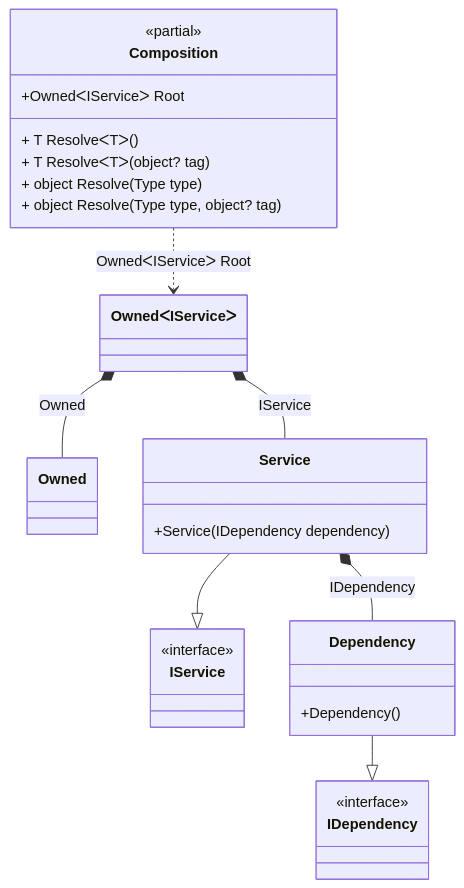
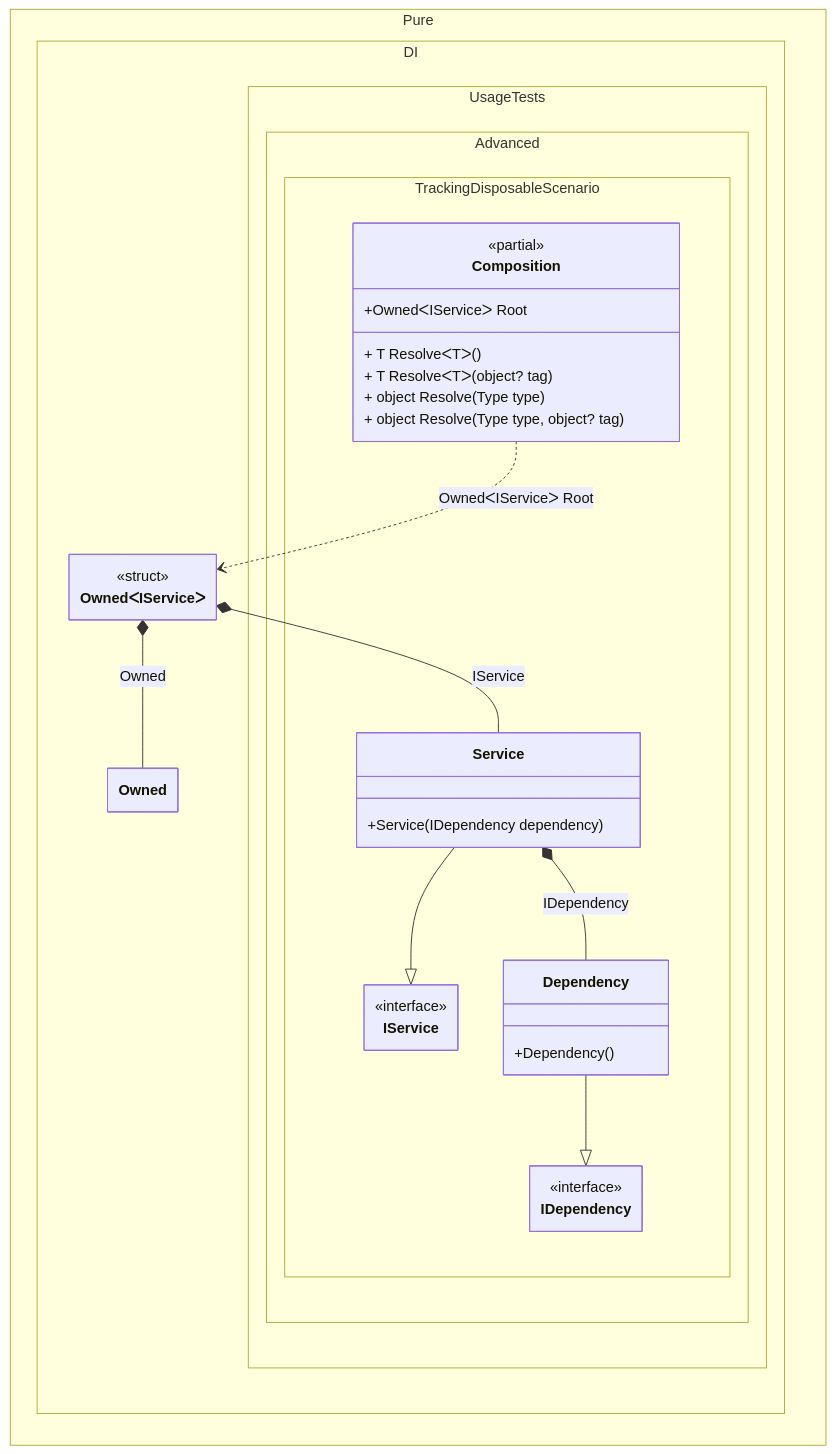
One commit to DevTeam/Pure.DI changed the diagram in readme/tracking-disposable-instances-per-a-composition-root.md. Above: the diagram before and after it, drawn with Mermaid. The commit also changed 103 other files, not shown here.

Commit message:
Improved class diagrams

````diff
--- a/readme/tracking-disposable-instances-per-a-composition-root.md
+++ b/readme/tracking-disposable-instances-per-a-composition-root.md
@@ -153,30 +153,43 @@
 ```mermaid
+---
+ config:
+  class:
+   hideEmptyMembersBox: true
+---
 classDiagram
-	class Composition {
+	Service --|> IService
+	Dependency --|> IDependency
+	Composition ..> OwnedᐸIServiceᐳ : OwnedᐸIServiceᐳ Root
+	OwnedᐸIServiceᐳ *--  Owned : Owned
+	OwnedᐸIServiceᐳ *--  Service : IService
+	Service *--  Dependency : IDependency
+	namespace Pure.DI {
+		class Owned {
+		}
+		class OwnedᐸIServiceᐳ {
+			<<struct>>
+		}
+	}
+	namespace Pure.DI.UsageTests.Advanced.TrackingDisposableScenario {
+		class Composition {
 		<<partial>>
 		+OwnedᐸIServiceᐳ Root
 		+ T ResolveᐸTᐳ()
 		+ T ResolveᐸTᐳ(object? tag)
 		+ object Resolve(Type type)
 		+ object Resolve(Type type, object? tag)
+		}
+		class Dependency {
+			+Dependency()
+		}
+		class IDependency {
+			<<interface>>
+		}
+		class IService {
+			<<interface>>
+		}
+		class Service {
+			+Service(IDependency dependency)
+		}
 	}
-	class Owned
-	Service --|> IService
-	class Service {
-		+Service(IDependency dependency)
-	}
-	Dependency --|> IDependency
-	class Dependency {
-		+Dependency()
-	}
-	class IService {
-		<<interface>>
-	}
-	class IDependency {
-		<<interface>>
-	}
-	Composition ..> OwnedᐸIServiceᐳ : OwnedᐸIServiceᐳ Root
-	OwnedᐸIServiceᐳ *--  Owned : Owned
-	OwnedᐸIServiceᐳ *--  Service : IService
-	Service *--  Dependency : IDependency
 ```
````
